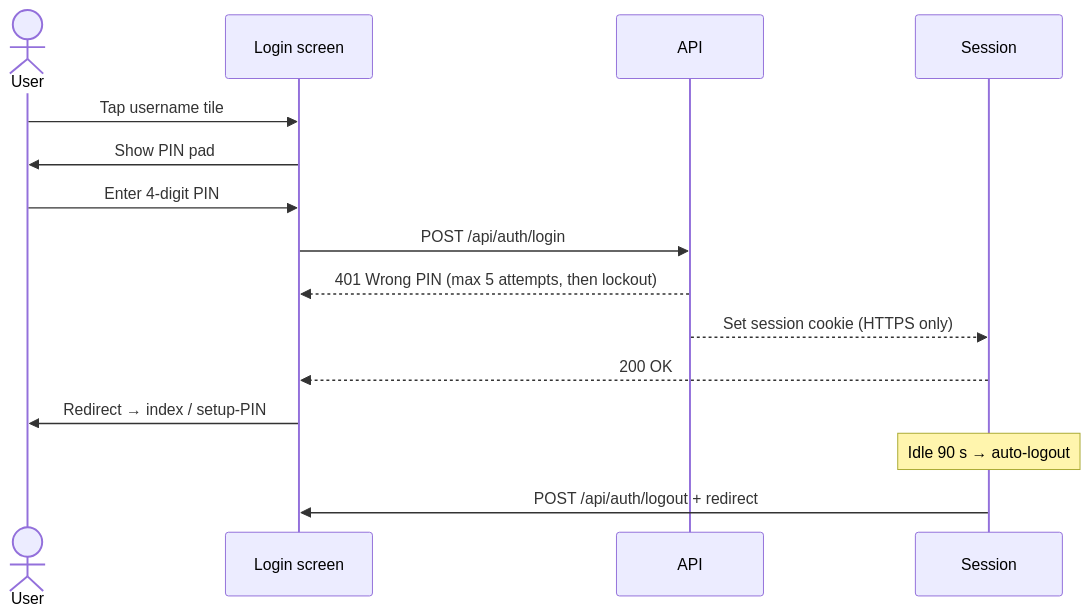
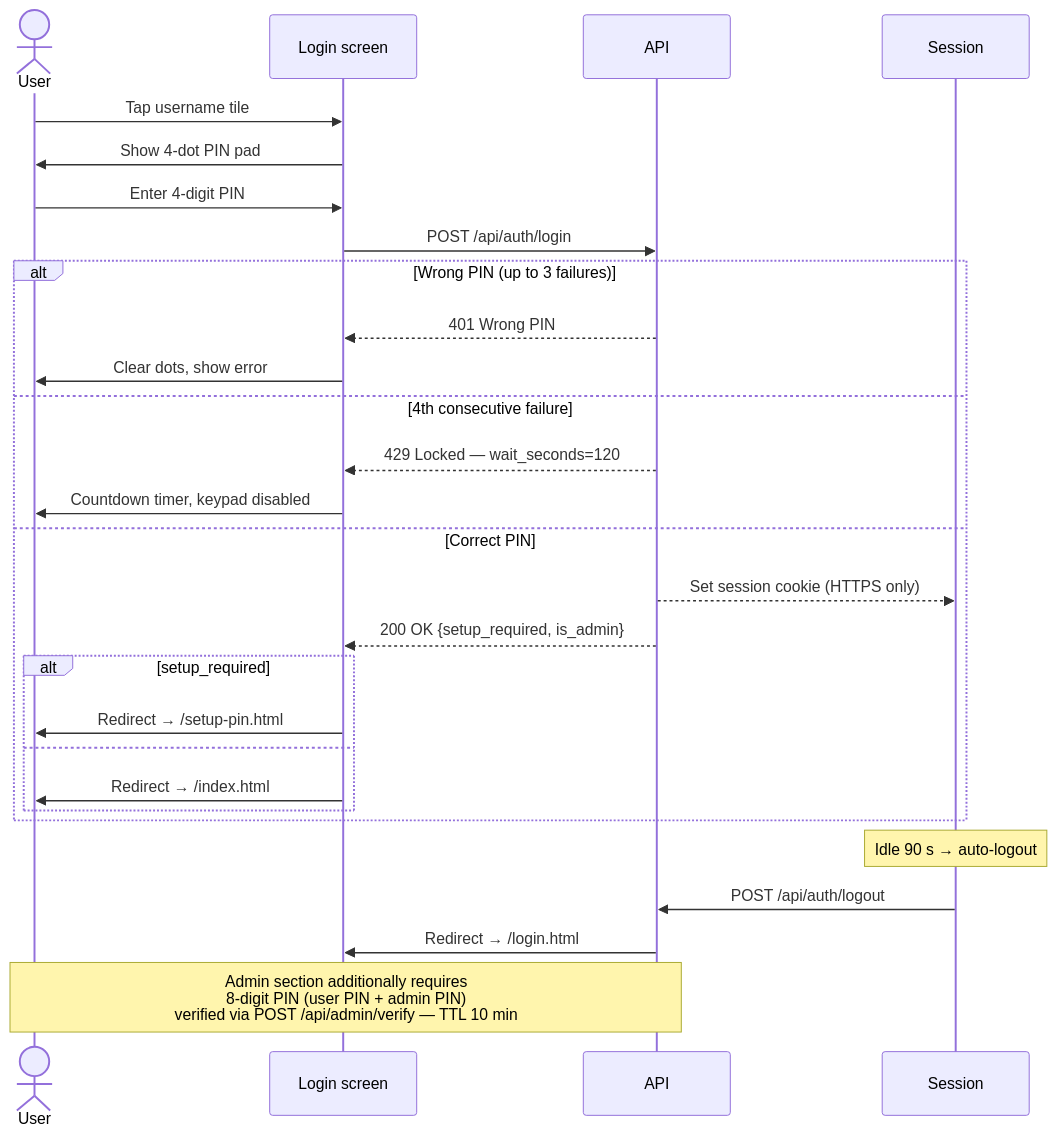
The second of 3 diagrams in README.md (01msmr/mangashelf), drawn with Mermaid before and after one commit. The commit also changed other lines of this file and 15 other files, not shown here.

````diff
--- a/README.md
+++ b/README.md
@@ -130,19 +137,34 @@
 ```mermaid
 sequenceDiagram
     actor User
     participant Login as Login screen
     participant API
     participant Session
 
     User->>Login: Tap username tile
-    Login->>User: Show PIN pad
+    Login->>User: Show 4-dot PIN pad
     User->>Login: Enter 4-digit PIN
     Login->>API: POST /api/auth/login
-    API-->>Login: 401 Wrong PIN (max 5 attempts, then lockout)
-    API-->>Session: Set session cookie (HTTPS only)
-    Session-->>Login: 200 OK
-    Login->>User: Redirect → index / setup-PIN
+
+    alt Wrong PIN (up to 3 failures)
+        API-->>Login: 401 Wrong PIN
+        Login->>User: Clear dots, show error
+    else 4th consecutive failure
+        API-->>Login: 429 Locked — wait_seconds=120
+        Login->>User: Countdown timer, keypad disabled
+    else Correct PIN
+        API-->>Session: Set session cookie (HTTPS only)
+        API-->>Login: 200 OK {setup_required, is_admin}
+        alt setup_required
+            Login->>User: Redirect → /setup-pin.html
+        else
+            Login->>User: Redirect → /index.html
+        end
+    end
 
     Note over Session: Idle 90 s → auto-logout
-    Session->>Login: POST /api/auth/logout + redirect
+    Session->>API: POST /api/auth/logout
+    API->>Login: Redirect → /login.html
+
+    Note over User,API: Admin section additionally requires<br/>8-digit PIN (user PIN + admin PIN)<br/>verified via POST /api/admin/verify — TTL 10 min
 ```
````
